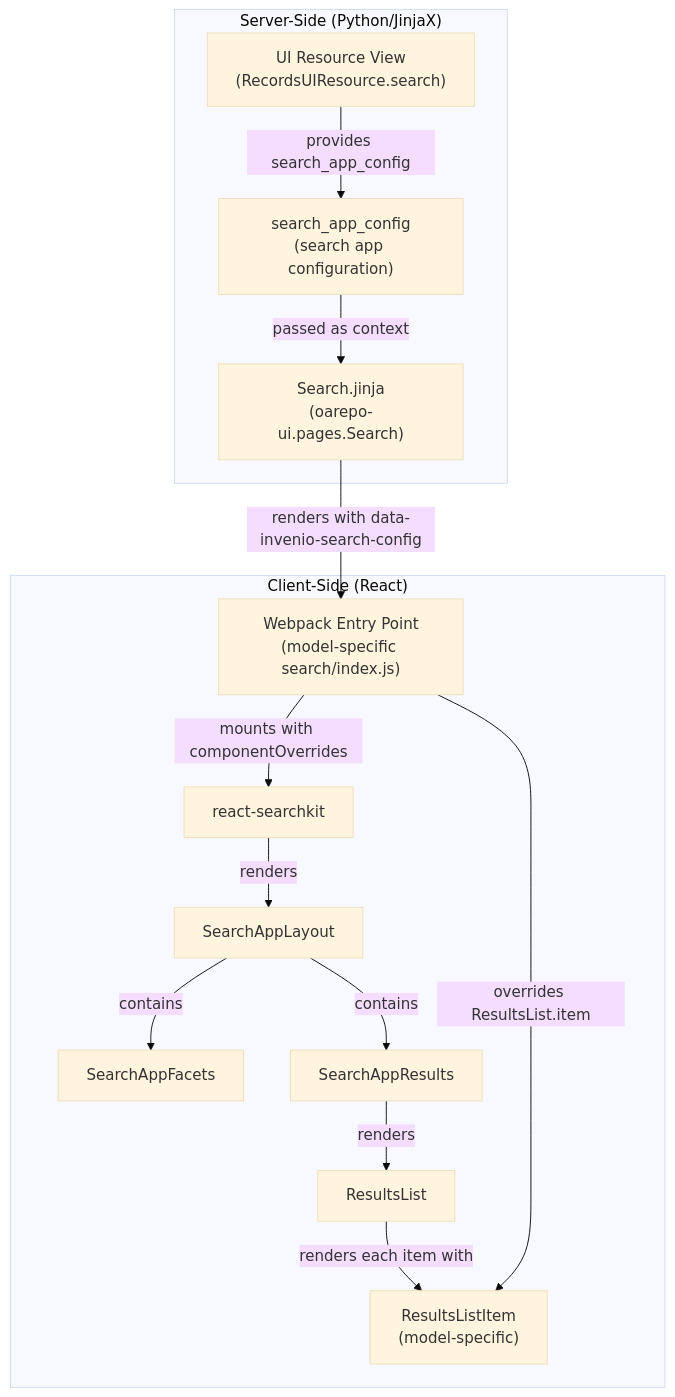
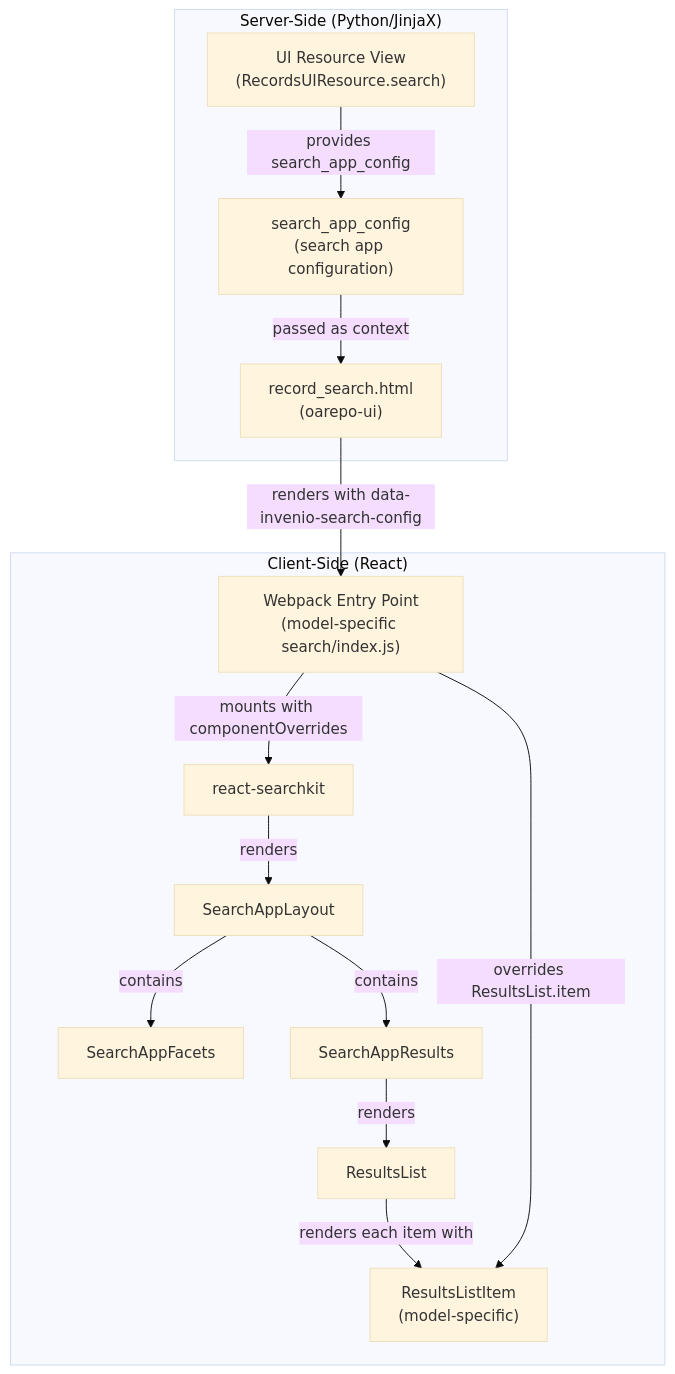
Before and after one commit to NRP-CZ/docs: the second of 2 diagrams in content/customize/model_ui/search.mdx, drawn with Mermaid (base theme). The commit also changed other lines of this file and 4 other files, not shown here.

````diff
--- a/content/customize/model_ui/search.mdx
+++ b/content/customize/model_ui/search.mdx
@@ -31,29 +31,29 @@
 ```mermaid
 graph TD
     subgraph ServerSide["Server-Side (Python/JinjaX)"]
         VR["UI Resource View<br/>(RecordsUIResource.search)"]
         SAC["search_app_config<br/>(search app configuration)"]
-        SJ["Search.jinja<br/>(oarepo-ui.pages.Search)"]
+        SJ["record_search.html<br/>(oarepo-ui)"]
     end
 
     subgraph ClientSide["Client-Side (React)"]
         EP["Webpack Entry Point<br/>(model-specific search/index.js)"]
         RSK["react-searchkit"]
         SAL["SearchAppLayout"]
         SAF["SearchAppFacets"]
         SAR["SearchAppResults"]
         RL["ResultsList"]
         RLI["ResultsListItem<br/>(model-specific)"]
     end
 
     VR -->|provides search_app_config| SAC
     SAC -->|passed as context| SJ
     SJ -->|renders with data-invenio-search-config| EP
     EP -->|mounts with componentOverrides| RSK
     EP -->|overrides ResultsList.item| RLI
     RSK -->|renders| SAL
     SAL -->|contains| SAF
     SAL -->|contains| SAR
     SAR -->|renders| RL
     RL -->|renders each item with| RLI
 ```
````
